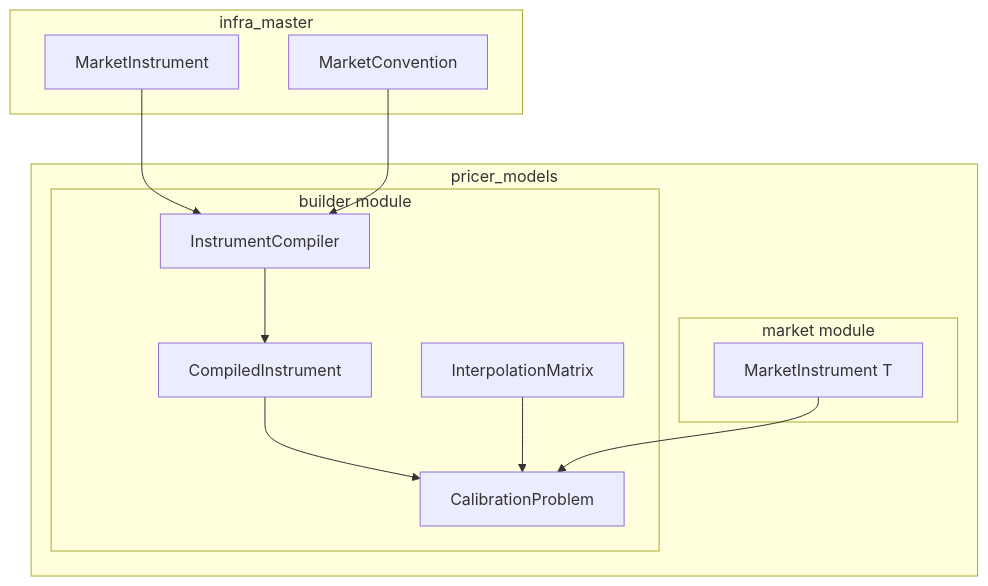
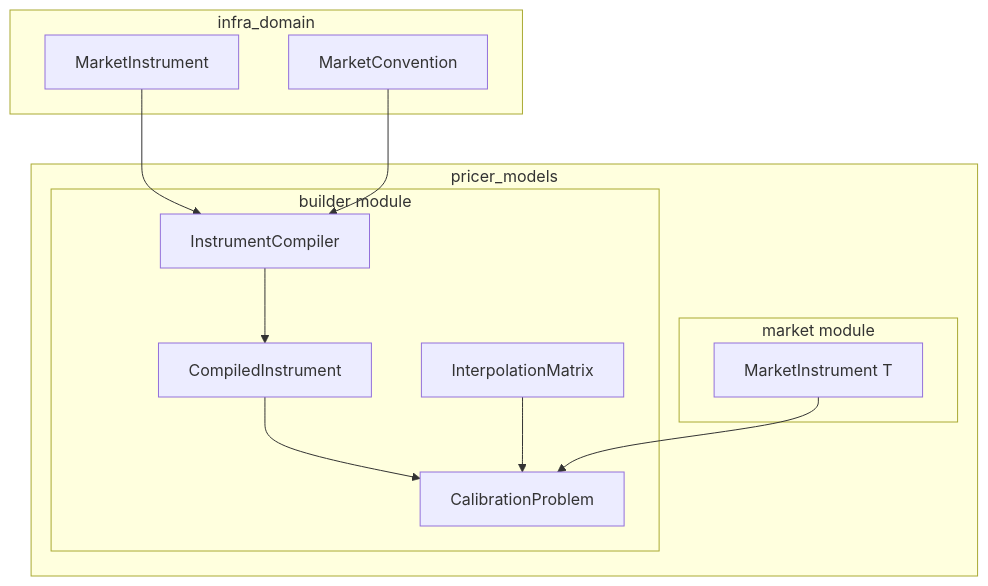
Before and after one commit to neutryx-lab/neutryx-rust: the first of 4 diagrams in .kiro/specs/instrument-precompile/design.md, drawn with Mermaid. The commit also changed other lines of this file and 303 other files, not shown here.

First line of the commit message:
Refactor imports from `infra_master` to `infra_domain`

````diff
--- a/.kiro/specs/instrument-precompile/design.md
+++ b/.kiro/specs/instrument-precompile/design.md
@@ -45,26 +45,26 @@
 ```mermaid
 graph TB
-    subgraph Infra[infra_master]
+    subgraph Infra[infra_domain]
         MI[MarketInstrument]
         MC[MarketConvention]
     end
 
     subgraph Pricer[pricer_models]
         subgraph Builder[builder module]
             IC[InstrumentCompiler]
             CI[CompiledInstrument]
             IM[InterpolationMatrix]
             CP[CalibrationProblem]
         end
         subgraph Market[market module]
             PMI[MarketInstrument T]
         end
     end
 
     MI --> IC
     MC --> IC
     IC --> CI
     CI --> CP
     IM --> CP
     PMI --> CP
 ```
````
